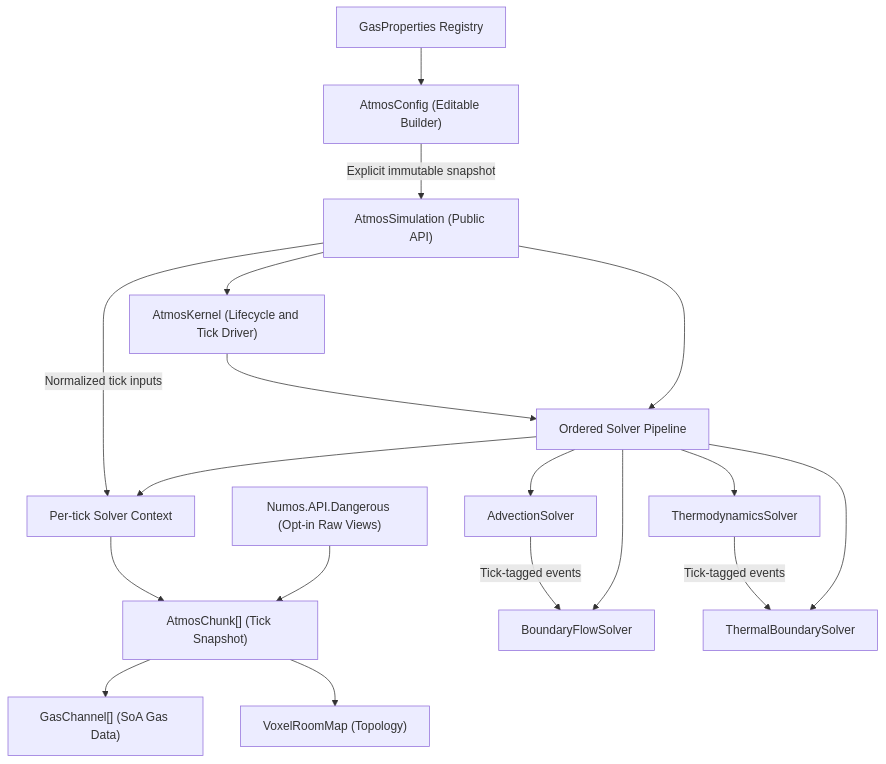
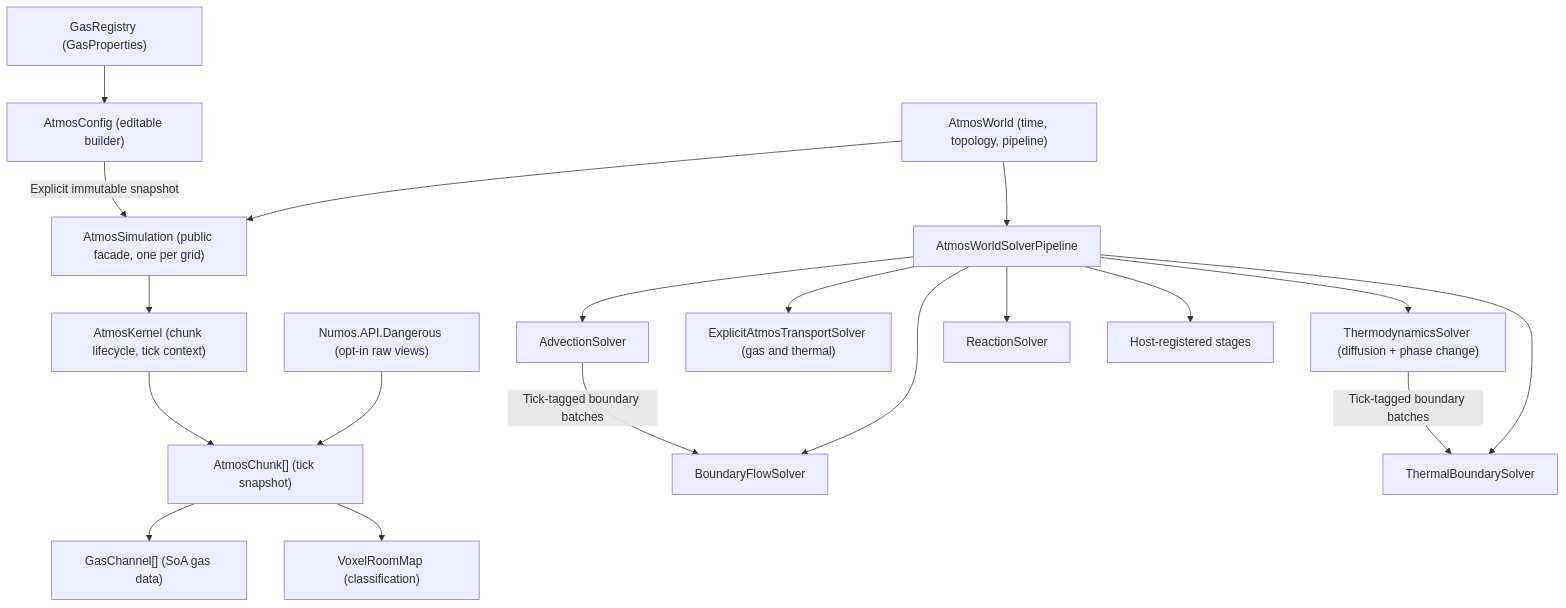
Before and after one commit to ArtisticRoomba/Numos: the diagram in docs/atmospherics_technical_documentation.md, drawn with Mermaid. The commit also changed other lines of this file, not shown here.

````diff
--- a/docs/atmospherics_technical_documentation.md
+++ b/docs/atmospherics_technical_documentation.md
@@ -199,20 +204,21 @@
 ```mermaid
 graph TD
-    API["AtmosSimulation (Public API)"] --> KERNEL["AtmosKernel (Lifecycle and Tick Driver)"]
-    API --> PIPE["Ordered Solver Pipeline"]
-    DANGER["Numos.API.Dangerous (Opt-in Raw Views)"] --> B
-    KERNEL --> PIPE
-    PIPE --> CTX["Per-tick Solver Context"]
-    PIPE --> A["AdvectionSolver"]
+    WORLD["AtmosWorld (time, topology, pipeline)"] --> PIPE["AtmosWorldSolverPipeline"]
+    WORLD --> SIM["AtmosSimulation (public facade, one per grid)"]
+    SIM --> KERNEL["AtmosKernel (chunk lifecycle, tick context)"]
+    DANGER["Numos.API.Dangerous (opt-in raw views)"] --> CHUNKS
+    PIPE --> ADV["AdvectionSolver"]
+    PIPE --> EXPL["ExplicitAtmosTransportSolver (gas and thermal)"]
     PIPE --> BOUNDARY["BoundaryFlowSolver"]
-    PIPE --> THERMO["ThermodynamicsSolver"]
+    PIPE --> THERMO["ThermodynamicsSolver (diffusion + phase change)"]
     PIPE --> THERMAL["ThermalBoundarySolver"]
-    CTX --> B["AtmosChunk[] (Tick Snapshot)"]
-    A -->|"Tick-tagged events"| BOUNDARY
-    THERMO -->|"Tick-tagged events"| THERMAL
-    B --> C["GasChannel[] (SoA Gas Data)"]
-    B --> D["VoxelRoomMap (Topology)"]
-    G["AtmosConfig (Editable Builder)"] -->|"Explicit immutable snapshot"| API
-    API -->|"Normalized tick inputs"| CTX
-    H["GasProperties Registry"] --> G
+    PIPE --> REACT["ReactionSolver"]
+    PIPE --> CUSTOM["Host-registered stages"]
+    KERNEL --> CHUNKS["AtmosChunk[] (tick snapshot)"]
+    ADV -->|"Tick-tagged boundary batches"| BOUNDARY
+    THERMO -->|"Tick-tagged boundary batches"| THERMAL
+    CHUNKS --> GAS["GasChannel[] (SoA gas data)"]
+    CHUNKS --> ROOM["VoxelRoomMap (classification)"]
+    CONFIG["AtmosConfig (editable builder)"] -->|"Explicit immutable snapshot"| SIM
+    REG["GasRegistry (GasProperties)"] --> CONFIG
 ```
````
